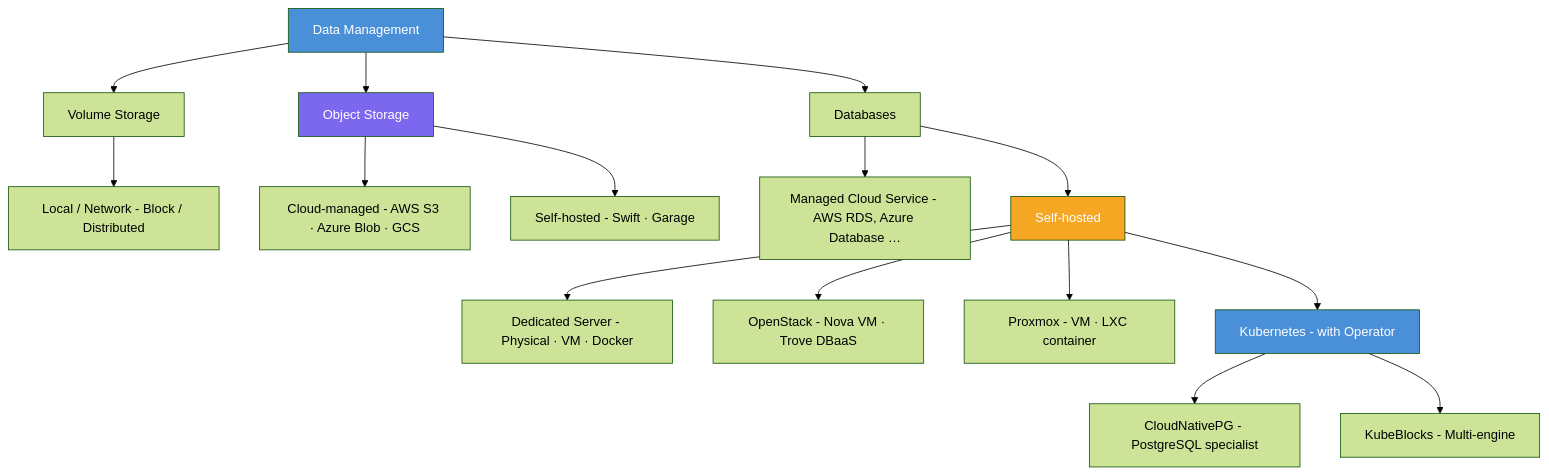
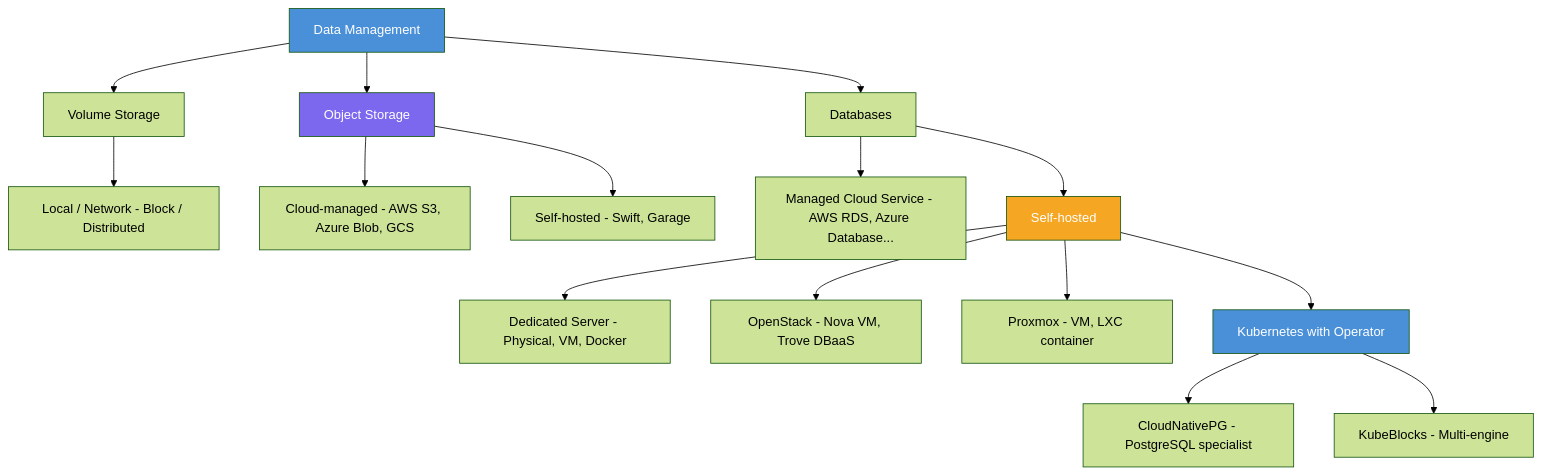
Before and after one commit to abecam/DeKCD-DMOnTheCloud: the fifth of 5 diagrams in pages/Data_storage.qmd, drawn with Mermaid (forest theme). The commit also changed other lines of this file and 3 other files, not shown here.

````diff
--- a/pages/Data_storage.qmd
+++ b/pages/Data_storage.qmd
@@ -234,26 +234,26 @@
 ```{mermaid}
 flowchart TD
     DM[Data Management]
     DM --> VS[Volume Storage]
     DM --> OS[Object Storage]
     DM --> DB[Databases]
 
     VS --> LT[Local / Network - Block / Distributed]
 
-    OS --> SAAS[Cloud-managed - AWS S3 · Azure Blob · GCS]
-    OS --> SH[Self-hosted - Swift · Garage]
+    OS --> SAAS[Cloud-managed - AWS S3, Azure Blob, GCS]
+    OS --> SH[Self-hosted - Swift, Garage]
 
-    DB --> MS[Managed Cloud Service - AWS RDS, Azure Database …]
+    DB --> MS[Managed Cloud Service - AWS RDS, Azure Database...]
     DB --> SELF[Self-hosted]
-    SELF --> DS[Dedicated Server - Physical · VM · Docker]
-    SELF --> OST[OpenStack - Nova VM · Trove DBaaS]
-    SELF --> PX[Proxmox - VM · LXC container]
-    SELF --> K8S[Kubernetes - with Operator]
+    SELF --> DS[Dedicated Server - Physical, VM, Docker]
+    SELF --> OST[OpenStack - Nova VM, Trove DBaaS]
+    SELF --> PX[Proxmox - VM, LXC container]
+    SELF --> K8S[Kubernetes with Operator]
     K8S --> CNPG[CloudNativePG - PostgreSQL specialist]
     K8S --> KB[KubeBlocks - Multi-engine]
 
     style DM fill:#4A90D9,color:#fff
     style OS fill:#7B68EE,color:#fff
     style SELF fill:#F5A623,color:#fff
     style K8S fill:#4A90D9,color:#fff
 ```
````
